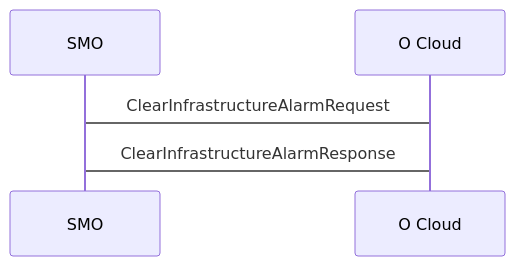
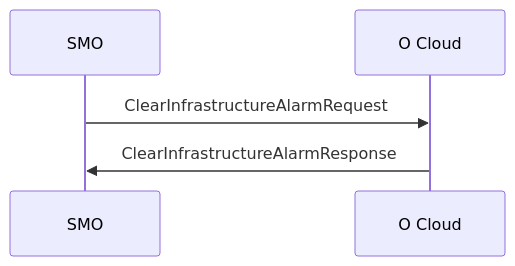
One commit to NTUST-BMW-Lab/documentation-book changed the fifth of 7 diagrams in O-RAN/O2 Interface/2_O2ims_Services.md. Above: the diagram before and after it, drawn with Mermaid. The commit also changed other lines of this file, not shown here.

````diff
--- a/O-RAN/O2 Interface/2_O2ims_Services.md
+++ b/O-RAN/O2 Interface/2_O2ims_Services.md
@@ -254,5 +254,5 @@
 ```mermaid
 sequenceDiagram
-SMO->O Cloud: ClearInfrastructureAlarmRequest
-O Cloud->SMO: ClearInfrastructureAlarmResponse
+SMO->>O Cloud: ClearInfrastructureAlarmRequest
+O Cloud->>SMO: ClearInfrastructureAlarmResponse
 ```
````
